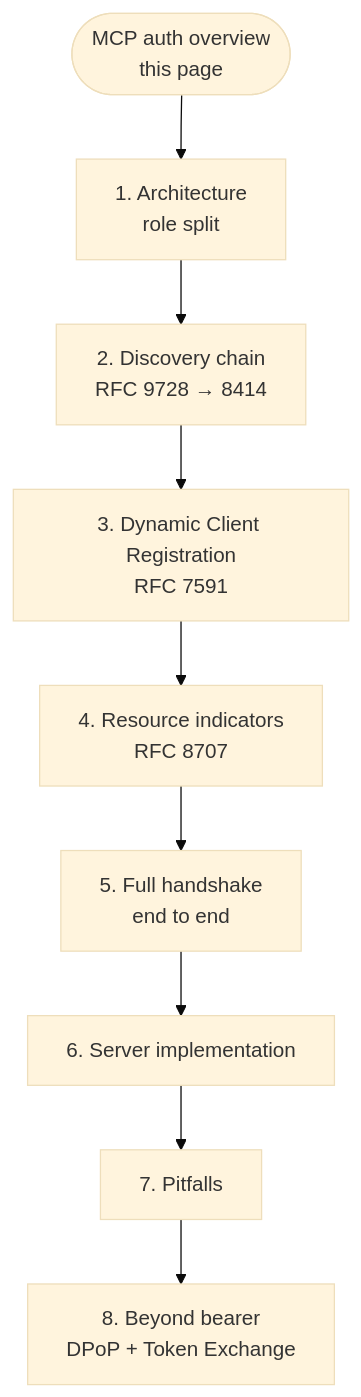
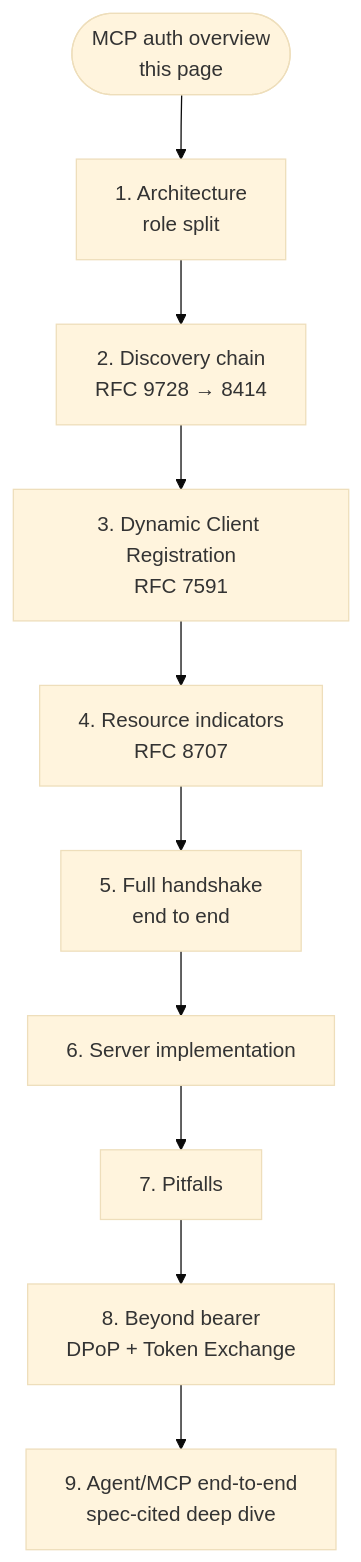
The first of 2 diagrams in docs/mcp/README.md (kubiosec-agentic/oauth-deepdive), drawn with Mermaid (base theme) before and after one commit. The commit also changed other lines of this file and 4 other files, not shown here.

First line of the commit message:
Add §9.9 — The Agent / MCP pattern, OAuth 2.1 end to end

````diff
--- a/docs/mcp/README.md
+++ b/docs/mcp/README.md
@@ -11,11 +11,12 @@
 ```mermaid
 flowchart TB
     Start([MCP auth overview<br/>this page]) --> A[1. Architecture<br/>role split]
     A --> B[2. Discovery chain<br/>RFC 9728 → 8414]
     B --> C[3. Dynamic Client Registration<br/>RFC 7591]
     C --> D[4. Resource indicators<br/>RFC 8707]
     D --> E[5. Full handshake<br/>end to end]
     E --> F[6. Server implementation]
     F --> G[7. Pitfalls]
     G --> H[8. Beyond bearer<br/>DPoP + Token Exchange]
+    H --> I[9. Agent/MCP end-to-end<br/>spec-cited deep dive]
 ```
````
